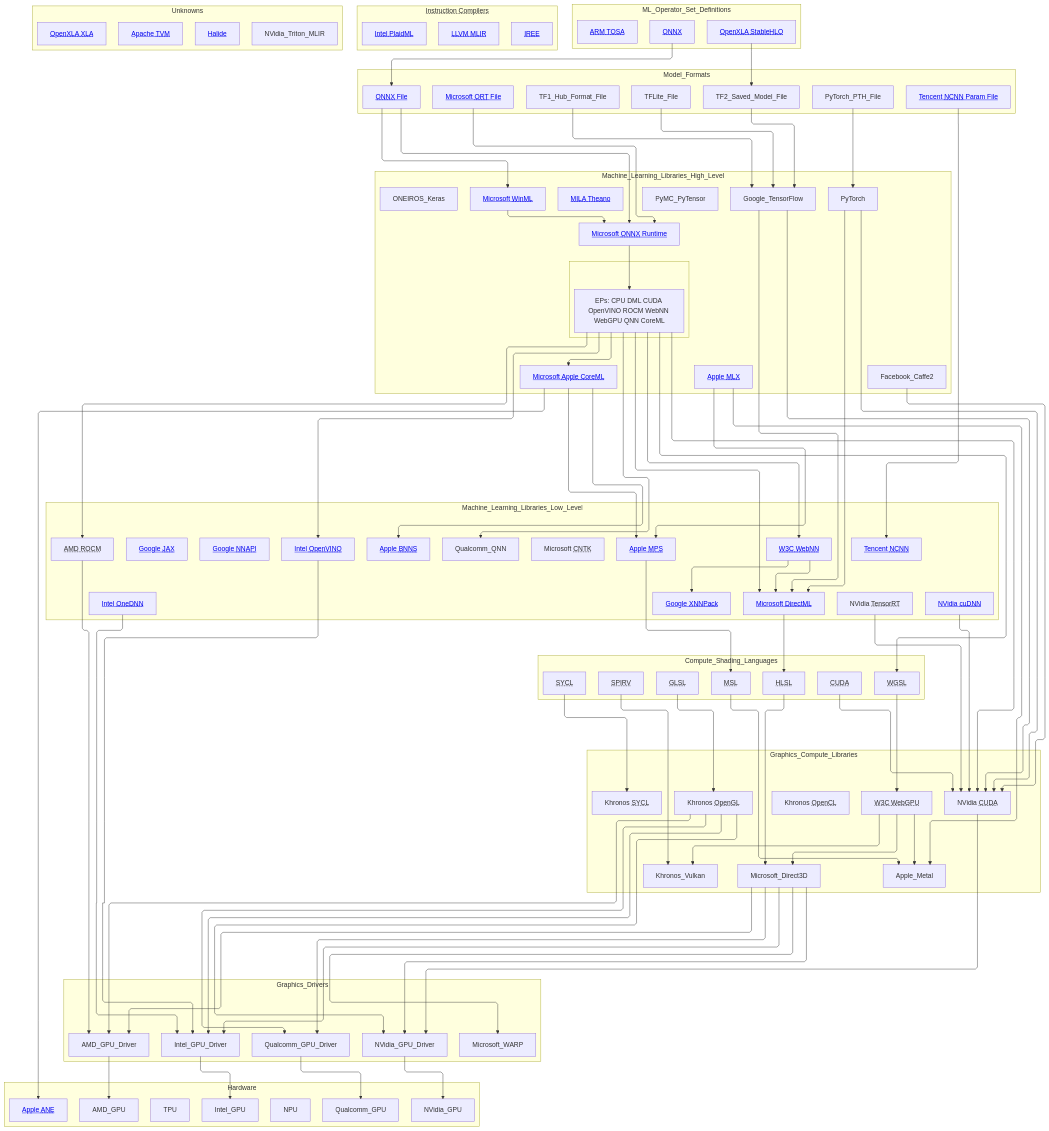
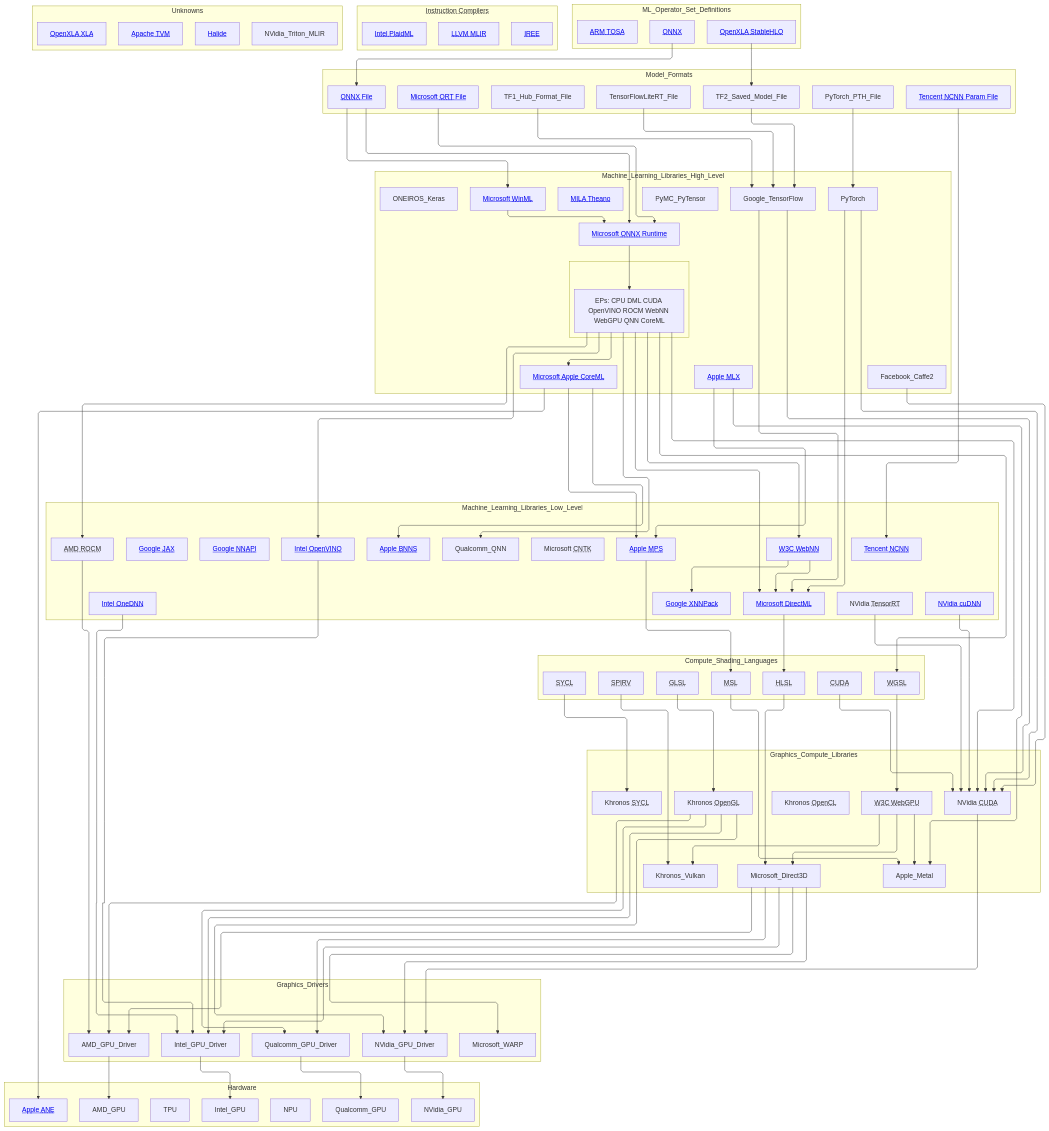
One commit to fdwr/MachineLearningOperators changed the diagram in MachineLearningEcosystem.md. Above: the diagram before and after it, drawn with Mermaid. The commit also changed other lines of this file and 1 other file, not shown here.

Commit message:
Add TFLite to LiteRT name

```diff
--- a/MachineLearningEcosystem.md
+++ b/MachineLearningEcosystem.md
@@ -23,7 +23,7 @@
     subgraph Model_Formats
         TF2_Saved_Model_File
         TF1_Hub_Format_File
-        TFLite_File
+        TensorFlowLiteRT_File
         PyTorch_PTH_File
         ONNX_File[<a href='https://onnx.ai/onnx/operators/index.html'><abbr title='Open Neural Network Exchange'>ONNX</abbr> File</a>]
         ORT_File[<a href='https://onnxruntime.ai/docs/performance/model-optimizations/ort-format-models.html'>Microsoft <abbr title='Open Neural Network Exchange Runtime'>ORT</abbr> File</a>]
@@ -124,7 +124,7 @@
     ONNX_File --> Microsoft_WinML
     ORT_File --> Microsoft_ONNX_Runtime
     PyTorch_PTH_File --> PyTorch
-    TFLite_File --> Google_TensorFlow
+    TensorFlowLiteRT_File --> Google_TensorFlow
     TF1_Hub_Format_File --> Google_TensorFlow
     TF2_Saved_Model_File --> Google_TensorFlow
 
```
